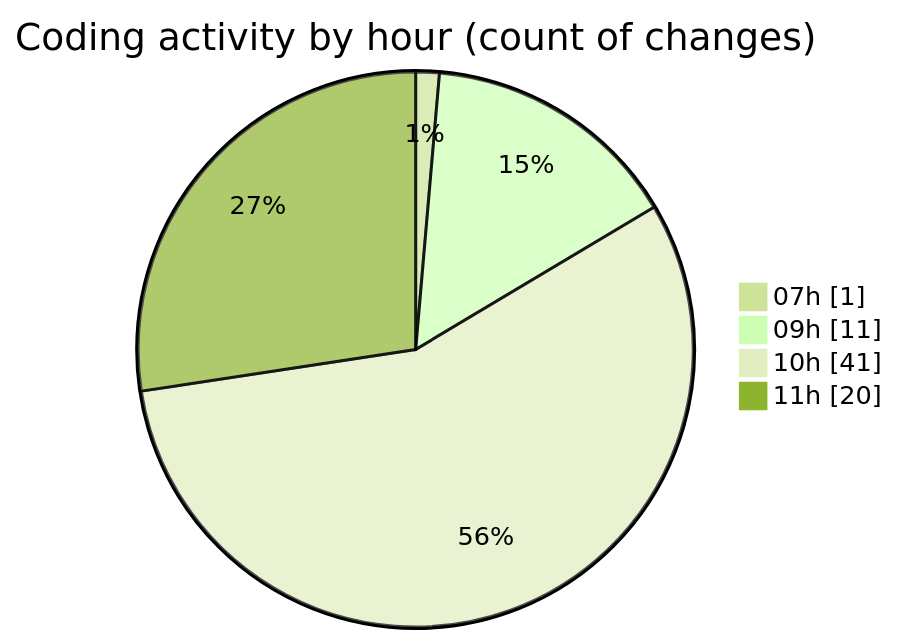
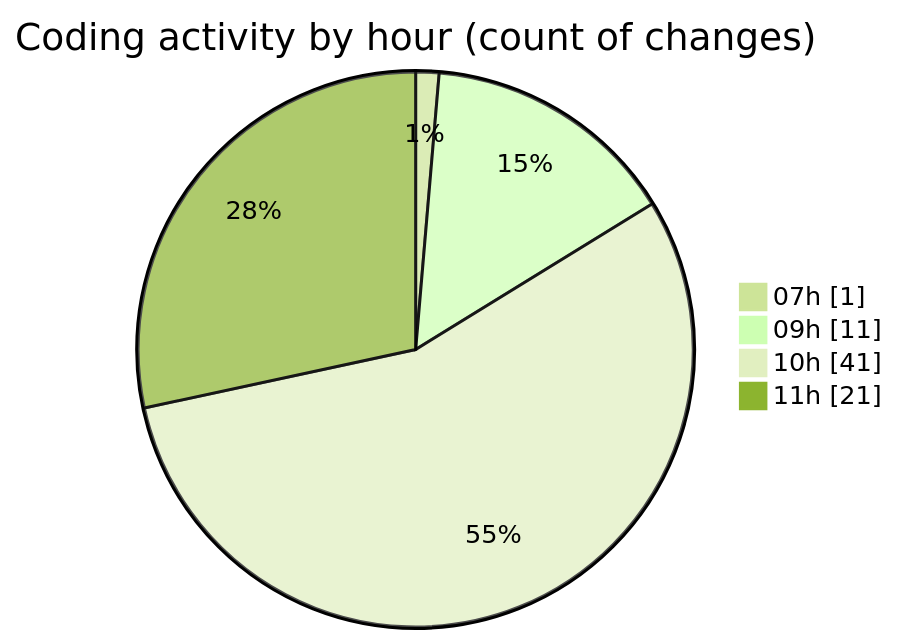
Before and after one commit to becaeroporto-bot/code-tracking: the second of 2 diagrams in 2026-02-17/id_ia/README.md, drawn with Mermaid (forest theme). The commit also changed other lines of this file and 1 other file, not shown here.

````diff
--- a/2026-02-17/id_ia/README.md
+++ b/2026-02-17/id_ia/README.md
@@ -63,8 +63,8 @@
 ```mermaid
 pie showData
 title Coding activity by hour (count of changes)
 "07h" : 1
 "09h" : 11
 "10h" : 41
-"11h" : 20
+"11h" : 21
 ```
````
